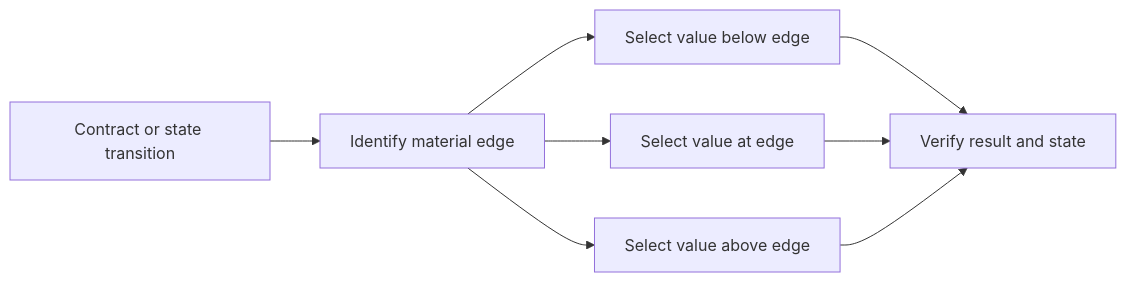
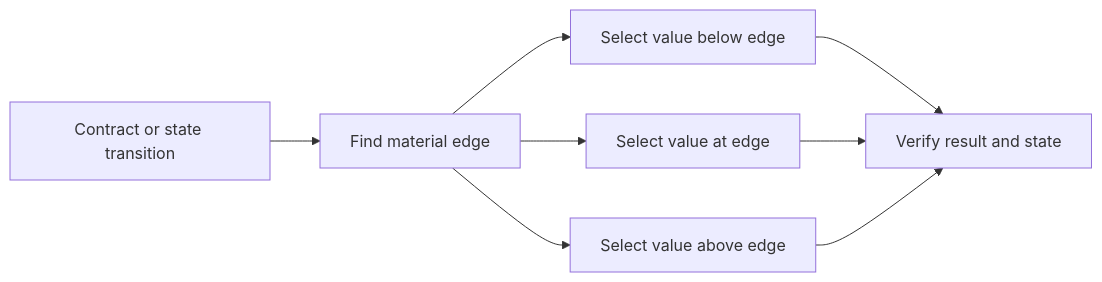
Before and after one commit to HomericIntelligence/Athena: the diagram in docs/principles/details/p024-boundary-value-testing.md, drawn with Mermaid. The commit also changed other lines of this file and 91 other files, not shown here.

````diff
--- a/docs/principles/details/p024-boundary-value-testing.md
+++ b/docs/principles/details/p024-boundary-value-testing.md
@@ -35,10 +35,10 @@
 ```mermaid
 flowchart LR
-    Contract["Contract or state transition"] --> Edge["Identify material edge"]
+    Contract["Contract or state transition"] --> Edge["Find material edge"]
     Edge --> Below["Select value below edge"]
     Edge --> At["Select value at edge"]
     Edge --> Above["Select value above edge"]
     Below --> Verify["Verify result and state"]
     At --> Verify
     Above --> Verify
 ```
````
